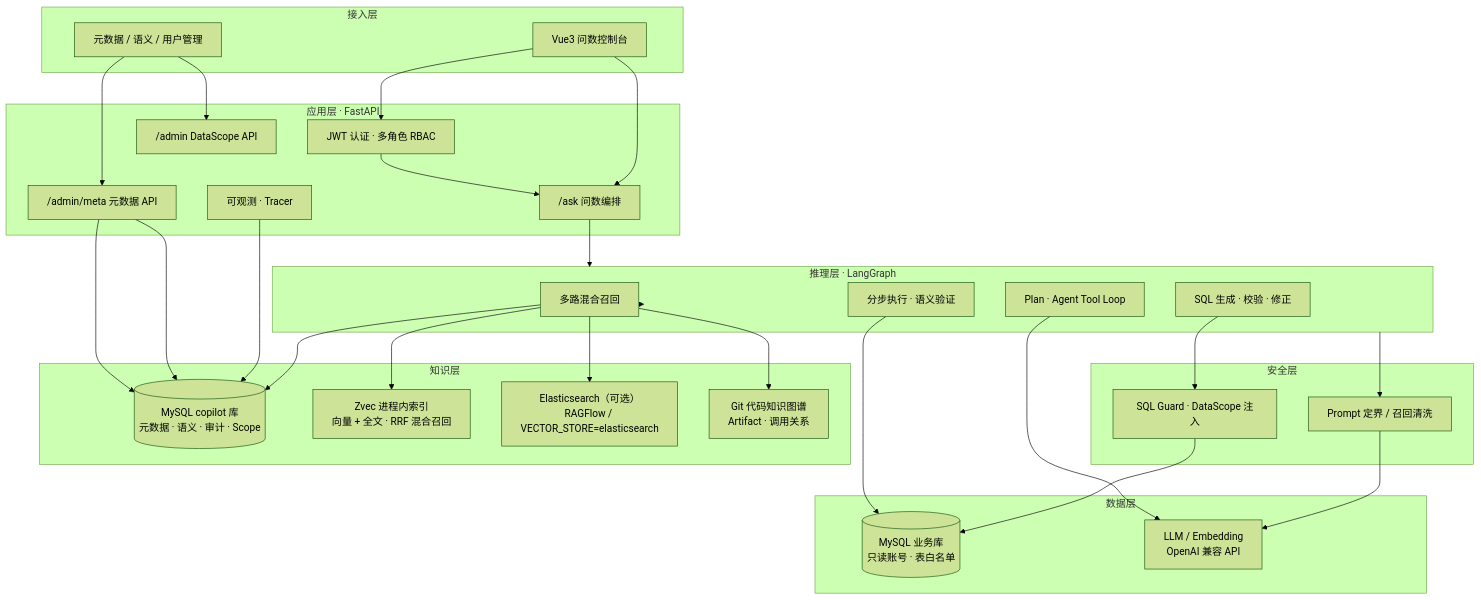
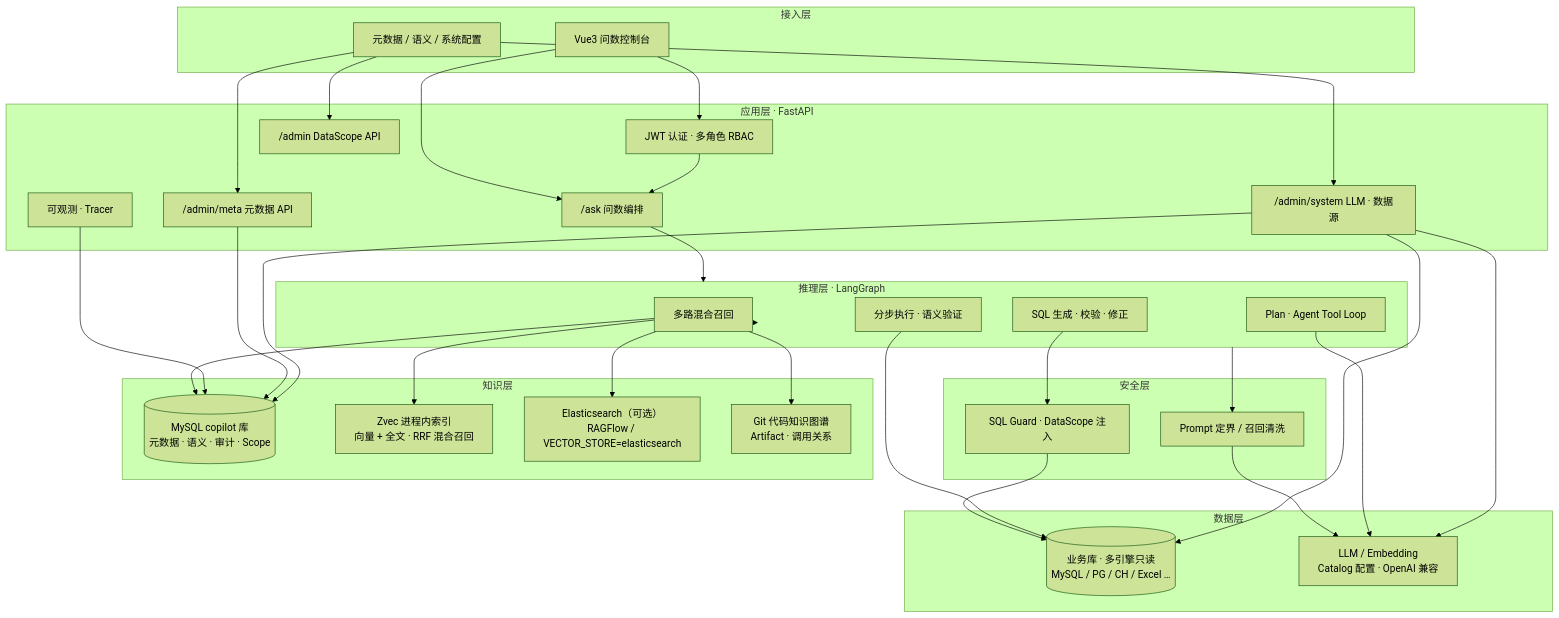
The first of 5 diagrams in README.md (yanqiuping110-cloud/xb-data-copilot-bot), drawn with Mermaid (forest theme) before and after one commit. The commit also changed other lines of this file and 5 other files, not shown here.

````diff
--- a/README.md
+++ b/README.md
@@ -46,60 +90,64 @@
 ```mermaid
 flowchart TB
     subgraph Client["接入层"]
         UI["Vue3 问数控制台"]
-        Admin["元数据 / 语义 / 用户管理"]
+        Admin["元数据 / 语义 / 系统配置"]
     end
 
     subgraph API["应用层 · FastAPI"]
         Auth["JWT 认证 · 多角色 RBAC"]
         Ask["/ask 问数编排"]
         Meta["/admin/meta 元数据 API"]
+        Sys["/admin/system LLM · 数据源"]
         Scope["/admin  DataScope API"]
         Obs["可观测 · Tracer"]
     end
 
     subgraph Agent["推理层 · LangGraph"]
         Recall["多路混合召回"]
         Plan["Plan · Agent Tool Loop"]
         SQLGen["SQL 生成 · 校验 · 修正"]
         Exec["分步执行 · 语义验证"]
     end
 
     subgraph Security["安全层"]
         PB["Prompt 定界 / 召回清洗"]
         Guard["SQL Guard · DataScope 注入"]
     end
 
     subgraph Knowledge["知识层"]
         MySQLMeta[("MySQL copilot 库<br/>元数据 · 语义 · 审计 · Scope")]
         Zvec["Zvec 进程内索引<br/>向量 + 全文 · RRF 混合召回"]
         ES["Elasticsearch（可选）<br/>RAGFlow / VECTOR_STORE=elasticsearch"]
         CodeKG["Git 代码知识图谱<br/>Artifact · 调用关系"]
     end
 
     subgraph Data["数据层"]
-        BizDB[("MySQL 业务库<br/>只读账号 · 表白名单")]
-        LLM["LLM / Embedding<br/>OpenAI 兼容 API"]
+        BizDB[("业务库 · 多引擎只读<br/>MySQL / PG / CH / Excel …")]
+        LLM["LLM / Embedding<br/>Catalog 配置 · OpenAI 兼容"]
     end
 
     UI --> Auth
     Admin --> Meta
     Admin --> Scope
+    Admin --> Sys
     UI --> Ask
     Ask --> Agent
     Auth --> Ask
     Agent --> Recall
     Recall --> Zvec
     Recall --> ES
     Recall --> MySQLMeta
     Recall --> CodeKG
     Agent --> PB
     PB --> LLM
     Plan --> LLM
     SQLGen --> Guard
     Guard --> BizDB
     Exec --> BizDB
     Obs --> MySQLMeta
     Meta --> MySQLMeta
-    Meta --> MySQLMeta
+    Sys --> MySQLMeta
+    Sys --> LLM
+    Sys --> BizDB
 ```
````
